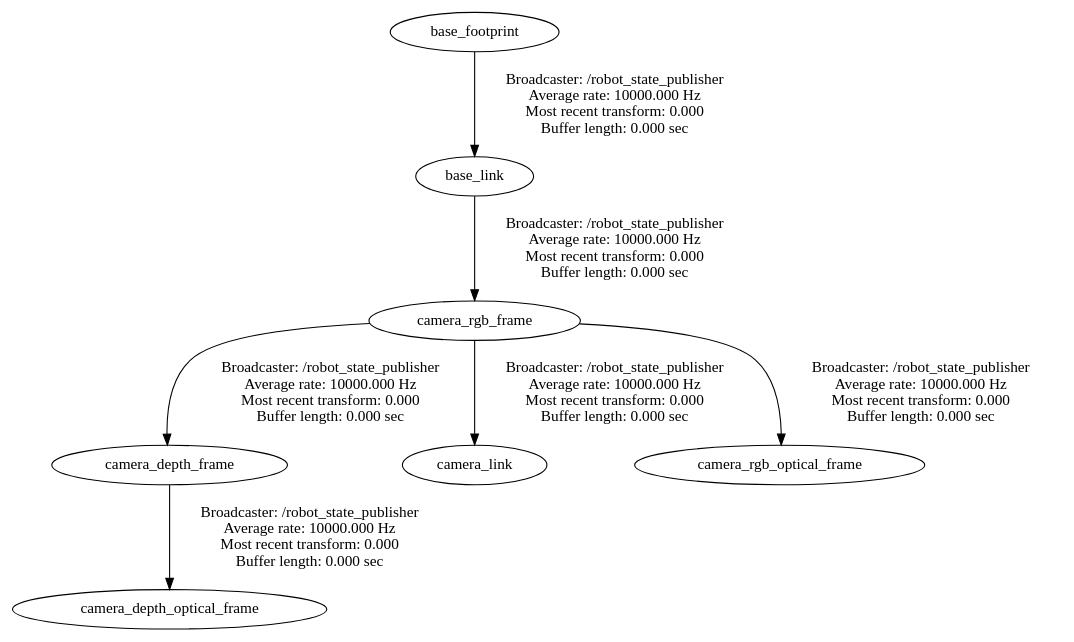
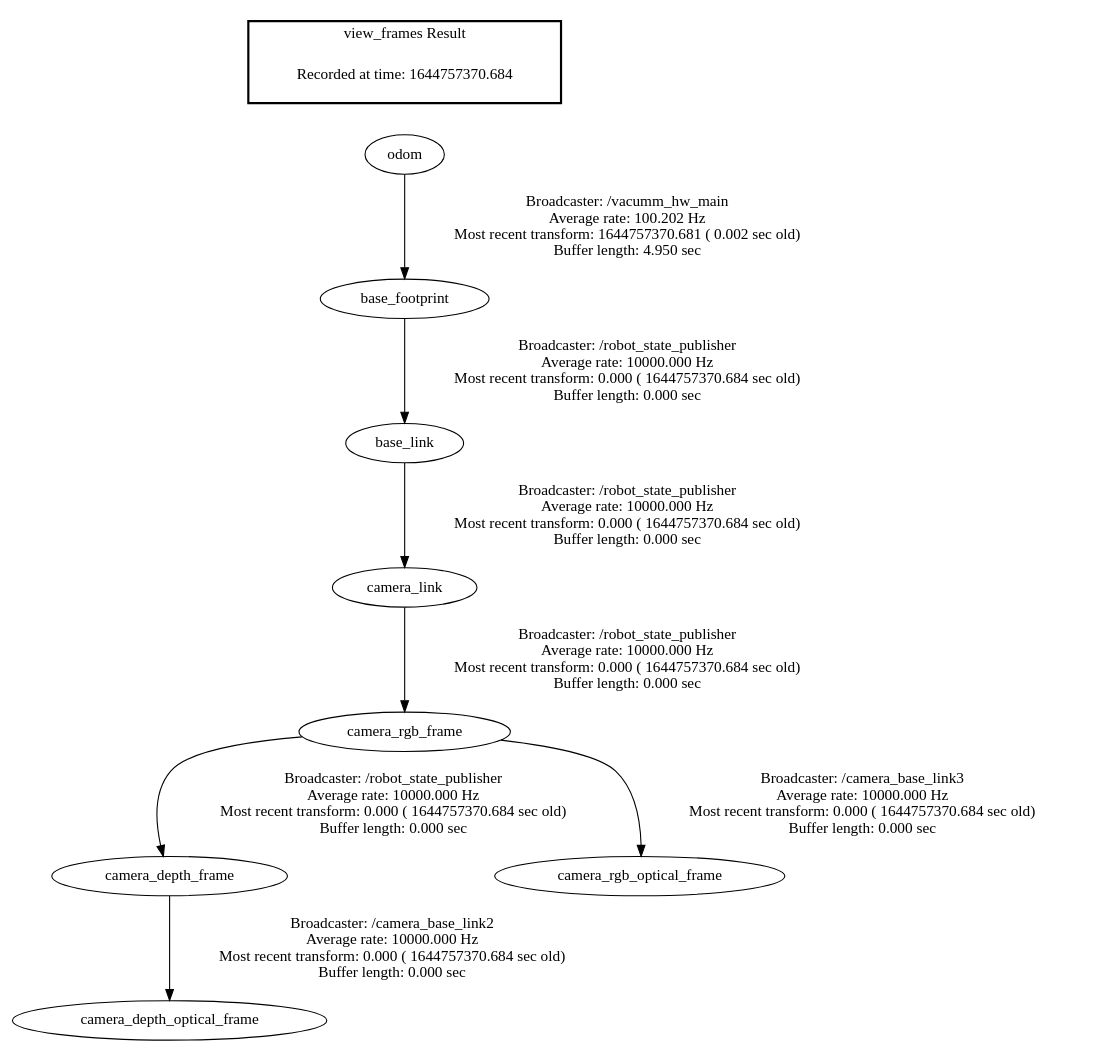
The diagram in frames.gv (mavencheong/vacumm_ws), drawn with Graphviz before and after one commit. The commit also changed 1 other file, not shown here.

```diff
--- a/frames.gv
+++ b/frames.gv
@@ -1,8 +1,13 @@
 digraph G {
-"base_footprint" -> "base_link"[label="Broadcaster: /robot_state_publisher\nAverage rate: 10000.000 Hz\nMost recent transform: 0.000 \nBuffer length: 0.000 sec\n"];
-"camera_rgb_frame" -> "camera_depth_frame"[label="Broadcaster: /robot_state_publisher\nAverage rate: 10000.000 Hz\nMost recent transform: 0.000 \nBuffer length: 0.000 sec\n"];
-"base_link" -> "camera_rgb_frame"[label="Broadcaster: /robot_state_publisher\nAverage rate: 10000.000 Hz\nMost recent transform: 0.000 \nBuffer length: 0.000 sec\n"];
-"camera_depth_frame" -> "camera_depth_optical_frame"[label="Broadcaster: /robot_state_publisher\nAverage rate: 10000.000 Hz\nMost recent transform: 0.000 \nBuffer length: 0.000 sec\n"];
-"camera_rgb_frame" -> "camera_link"[label="Broadcaster: /robot_state_publisher\nAverage rate: 10000.000 Hz\nMost recent transform: 0.000 \nBuffer length: 0.000 sec\n"];
-"camera_rgb_frame" -> "camera_rgb_optical_frame"[label="Broadcaster: /robot_state_publisher\nAverage rate: 10000.000 Hz\nMost recent transform: 0.000 \nBuffer length: 0.000 sec\n"];
+"camera_rgb_frame" -> "camera_depth_frame"[label="Broadcaster: /robot_state_publisher\nAverage rate: 10000.000 Hz\nMost recent transform: 0.000 ( 1644757370.684 sec old)\nBuffer length: 0.000 sec\n"];
+"base_link" -> "camera_link"[label="Broadcaster: /robot_state_publisher\nAverage rate: 10000.000 Hz\nMost recent transform: 0.000 ( 1644757370.684 sec old)\nBuffer length: 0.000 sec\n"];
+"camera_link" -> "camera_rgb_frame"[label="Broadcaster: /robot_state_publisher\nAverage rate: 10000.000 Hz\nMost recent transform: 0.000 ( 1644757370.684 sec old)\nBuffer length: 0.000 sec\n"];
+"base_footprint" -> "base_link"[label="Broadcaster: /robot_state_publisher\nAverage rate: 10000.000 Hz\nMost recent transform: 0.000 ( 1644757370.684 sec old)\nBuffer length: 0.000 sec\n"];
+"odom" -> "base_footprint"[label="Broadcaster: /vacumm_hw_main\nAverage rate: 100.202 Hz\nMost recent transform: 1644757370.681 ( 0.002 sec old)\nBuffer length: 4.950 sec\n"];
+"camera_depth_frame" -> "camera_depth_optical_frame"[label="Broadcaster: /camera_base_link2\nAverage rate: 10000.000 Hz\nMost recent transform: 0.000 ( 1644757370.684 sec old)\nBuffer length: 0.000 sec\n"];
+"camera_rgb_frame" -> "camera_rgb_optical_frame"[label="Broadcaster: /camera_base_link3\nAverage rate: 10000.000 Hz\nMost recent transform: 0.000 ( 1644757370.684 sec old)\nBuffer length: 0.000 sec\n"];
+edge [style=invis];
+ subgraph cluster_legend { style=bold; color=black; label ="view_frames Result";
+"Recorded at time: 1644757370.684"[ shape=plaintext ] ;
+ }->"odom";
 }
```
